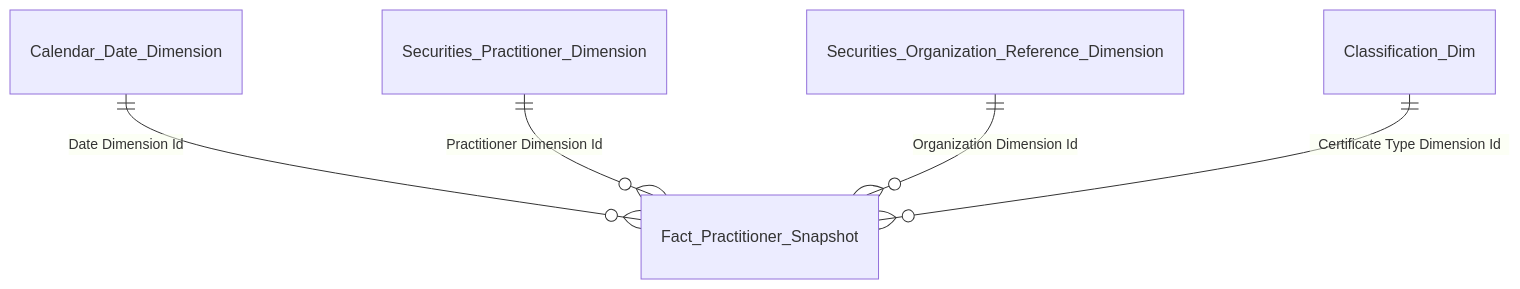
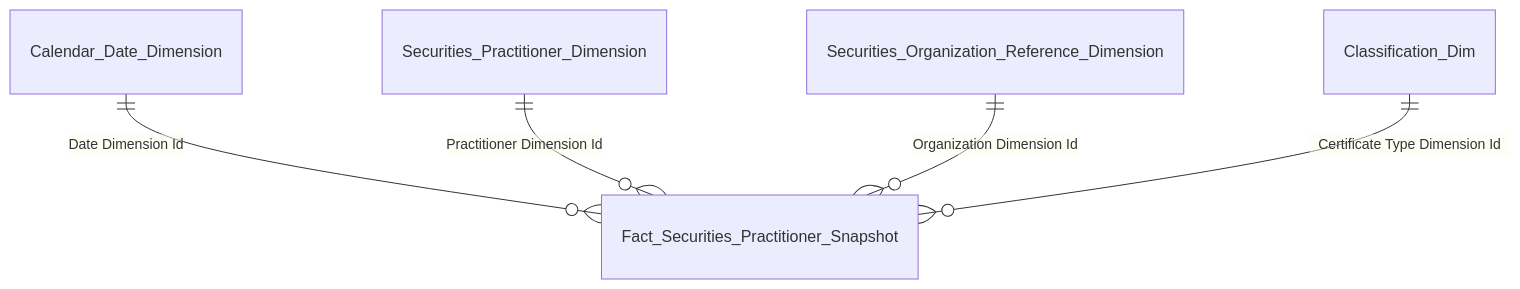
The tenth of 21 diagrams in Gold/hld/GOLD_NHNCK_HLD.md (linhlvit/ubck_atomic_design), drawn with Mermaid before and after one commit. The commit also changed other lines of this file and 9 other files, not shown here.

````diff
--- a/Gold/hld/GOLD_NHNCK_HLD.md
+++ b/Gold/hld/GOLD_NHNCK_HLD.md
@@ -257,7 +257,7 @@
 ```mermaid
 erDiagram
-    Calendar_Date_Dimension ||--o{ Fact_Practitioner_Snapshot : "Date Dimension Id"
-    Securities_Practitioner_Dimension ||--o{ Fact_Practitioner_Snapshot : "Practitioner Dimension Id"
-    Securities_Organization_Reference_Dimension ||--o{ Fact_Practitioner_Snapshot : "Organization Dimension Id"
-    Classification_Dim ||--o{ Fact_Practitioner_Snapshot : "Certificate Type Dimension Id"
+    Calendar_Date_Dimension ||--o{ Fact_Securities_Practitioner_Snapshot : "Date Dimension Id"
+    Securities_Practitioner_Dimension ||--o{ Fact_Securities_Practitioner_Snapshot : "Practitioner Dimension Id"
+    Securities_Organization_Reference_Dimension ||--o{ Fact_Securities_Practitioner_Snapshot : "Organization Dimension Id"
+    Classification_Dim ||--o{ Fact_Securities_Practitioner_Snapshot : "Certificate Type Dimension Id"
 ```
````
